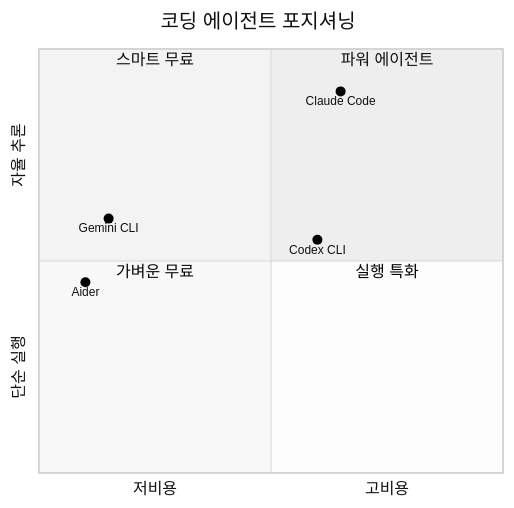
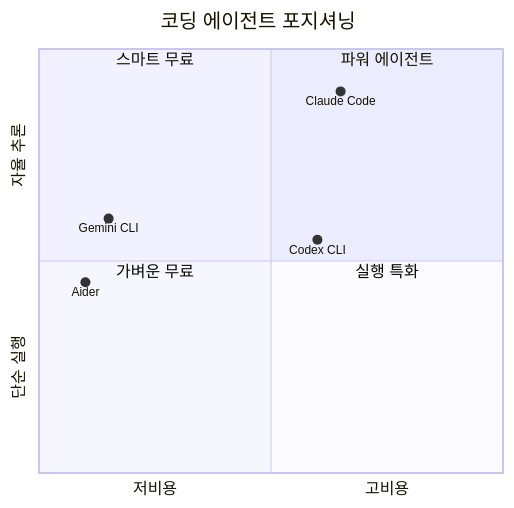
One commit to stophobia/ai-whatchelin changed the sixth of 13 diagrams in README.md. Above: the diagram before and after it, drawn with Mermaid. The commit also changed other lines of this file, not shown here.

````diff
--- a/README.md
+++ b/README.md
@@ -159,15 +183,15 @@
 ```mermaid
-%%{init: {'theme': 'neutral'}}%%
+%%{init: {'theme': 'default'}}%%
 quadrantChart
     title 코딩 에이전트 포지셔닝
     x-axis "저비용" --> "고비용"
     y-axis "단순 실행" --> "자율 추론"
     quadrant-1 "파워 에이전트"
     quadrant-2 "스마트 무료"
     quadrant-3 "가벼운 무료"
     quadrant-4 "실행 특화"
     Claude Code: [0.65, 0.90]
     Codex CLI: [0.60, 0.55]
     Gemini CLI: [0.15, 0.60]
     Aider: [0.10, 0.45]
 ```
````
